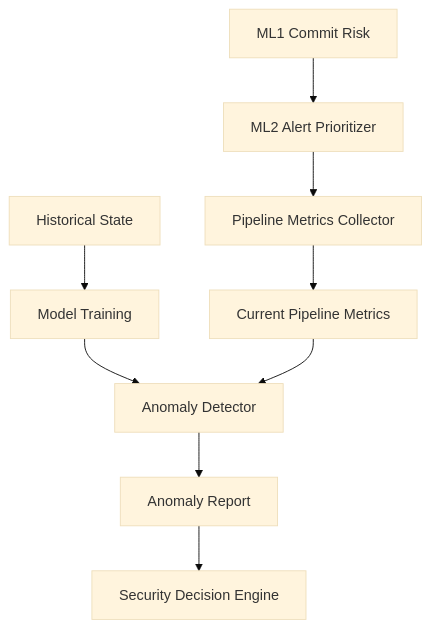
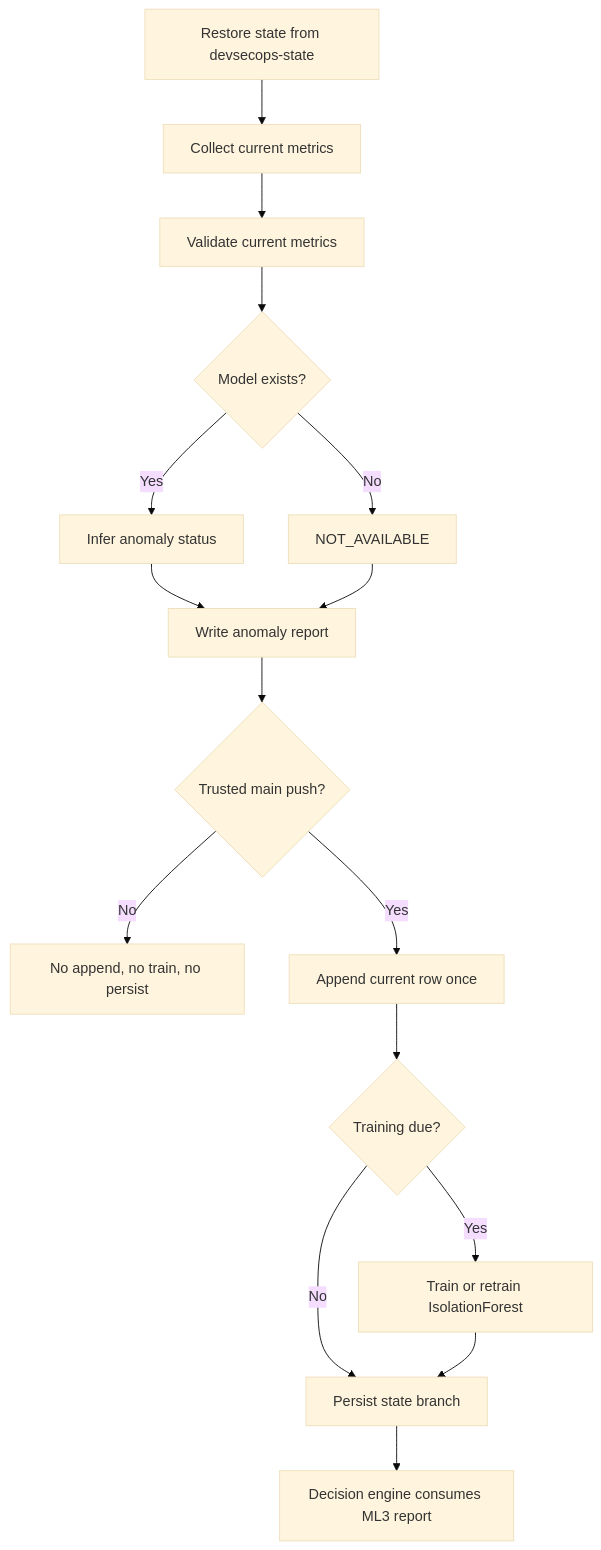
The diagram in doc/ML3/ML3-OVERVIEW.md (mrossmaree/ai-driven-devsecops-framework), drawn with Mermaid (base theme) before and after one commit. The commit also changed other lines of this file and 14 other files, not shown here.

````diff
--- a/doc/ML3/ML3-OVERVIEW.md
+++ b/doc/ML3/ML3-OVERVIEW.md
@@ -26,13 +27,18 @@
 ```mermaid
 flowchart TD
-	A[ML1 Commit Risk] --> B[ML2 Alert Prioritizer]
-	B --> C[Pipeline Metrics Collector]
-	C --> D[Current Pipeline Metrics]
-
-	E[Historical State] --> F[Model Training]
-	F --> G[Anomaly Detector]
-
-	D --> G
-	G --> H[Anomaly Report]
-	H --> I[Security Decision Engine]
+  A[Restore state from devsecops-state] --> B[Collect current metrics]
+  B --> C[Validate current metrics]
+  C --> D{Model exists?}
+  D -->|Yes| E[Infer anomaly status]
+  D -->|No| F[NOT_AVAILABLE]
+  E --> G[Write anomaly report]
+  F --> G
+  G --> H{Trusted main push?}
+  H -->|No| I[No append, no train, no persist]
+  H -->|Yes| J[Append current row once]
+  J --> K{Training due?}
+  K -->|No| L[Persist state branch]
+  K -->|Yes| M[Train or retrain IsolationForest]
+  M --> L
+  L --> N[Decision engine consumes ML3 report]
 ```
````
